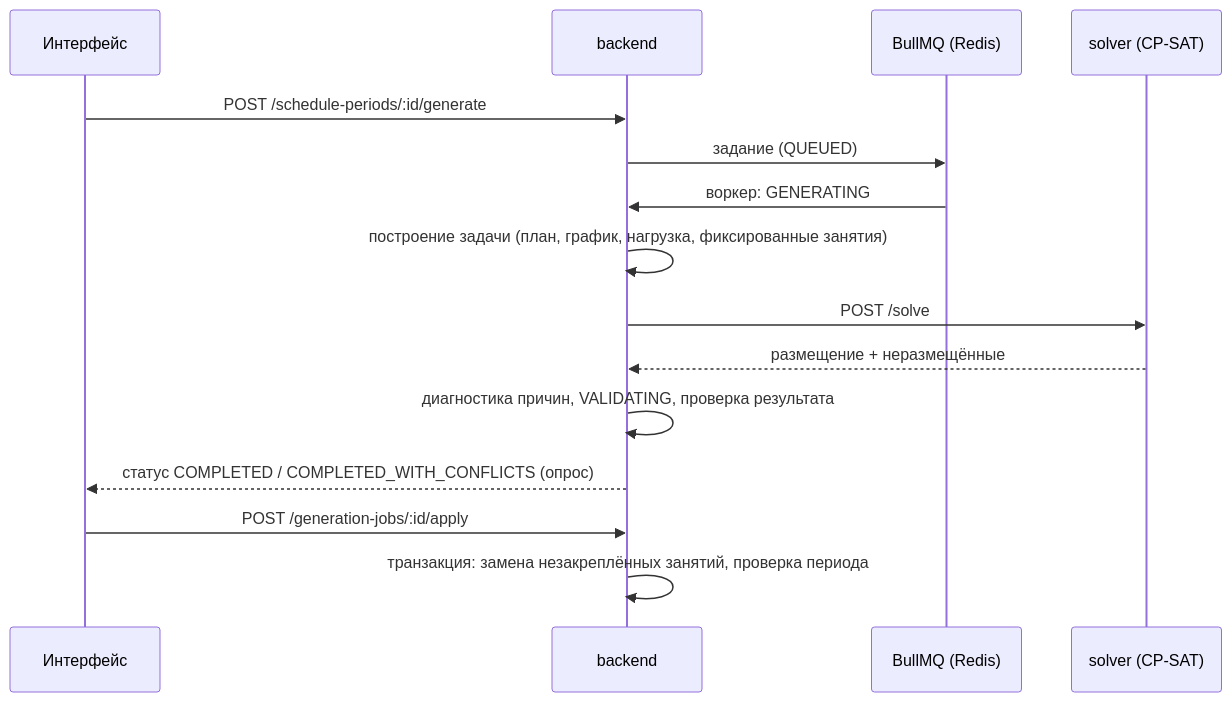
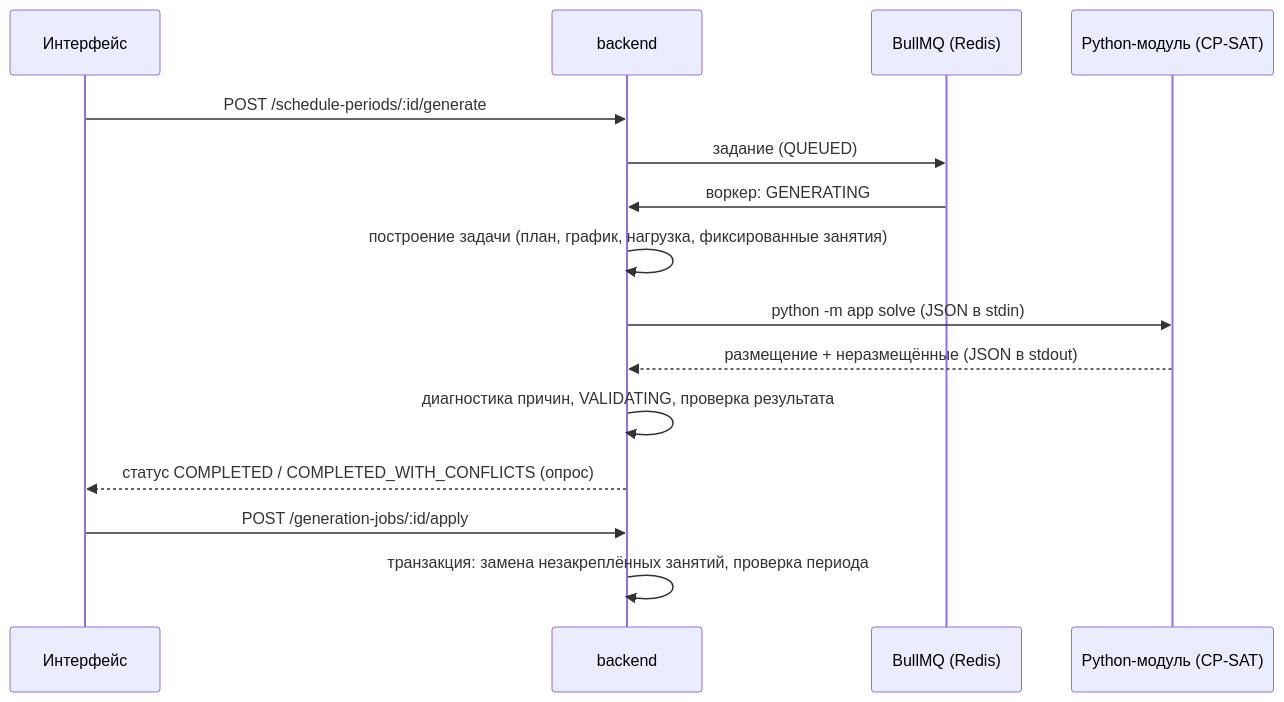
The second of 3 diagrams in docs/01-architecture.md (Aleck59/schedule_maker1), drawn with Mermaid before and after one commit. The commit also changed other lines of this file and 8 other files, not shown here.

````diff
--- a/docs/01-architecture.md
+++ b/docs/01-architecture.md
@@ -48,17 +58,17 @@
 ```mermaid
 sequenceDiagram
   participant UI as Интерфейс
   participant API as backend
   participant Q as BullMQ (Redis)
-  participant S as solver (CP-SAT)
+  participant S as Python-модуль (CP-SAT)
   UI->>API: POST /schedule-periods/:id/generate
   API->>Q: задание (QUEUED)
   Q->>API: воркер: GENERATING
   API->>API: построение задачи (план, график, нагрузка, фиксированные занятия)
-  API->>S: POST /solve
-  S-->>API: размещение + неразмещённые
+  API->>S: python -m app solve (JSON в stdin)
+  S-->>API: размещение + неразмещённые (JSON в stdout)
   API->>API: диагностика причин, VALIDATING, проверка результата
   API-->>UI: статус COMPLETED / COMPLETED_WITH_CONFLICTS (опрос)
   UI->>API: POST /generation-jobs/:id/apply
   API->>API: транзакция: замена незакреплённых занятий, проверка периода
 ```
````
